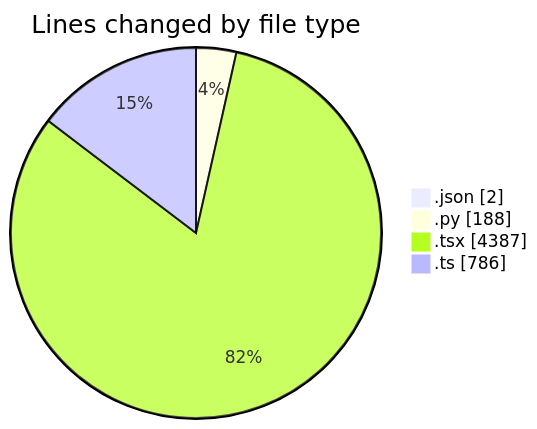
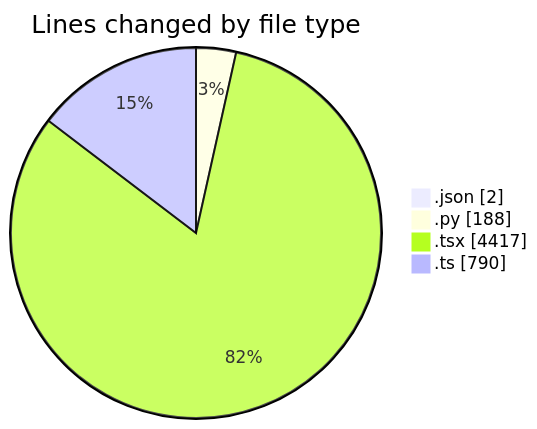
The first of 2 diagrams in 2025-10-06/eventscop-frontend-guide__workspace_/README.md (julien-gomy/code-tracking), drawn with Mermaid before and after one commit. The commit also changed other lines of this file and 1 other file, not shown here.

````diff
--- a/2025-10-06/eventscop-frontend-guide__workspace_/README.md
+++ b/2025-10-06/eventscop-frontend-guide__workspace_/README.md
@@ -53,8 +53,8 @@
 ```mermaid
 pie showData
 title Lines changed by file type
 ".json" : 2
 ".py" : 188
-".tsx" : 4387
-".ts" : 786
+".tsx" : 4417
+".ts" : 790
 ```
````
